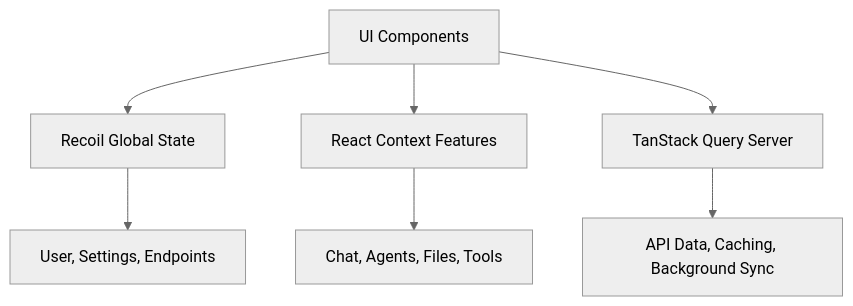
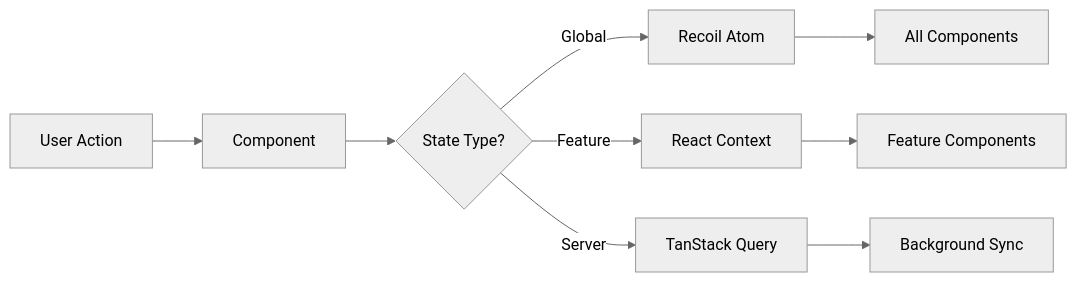
One commit to gannonh/agentis changed the diagram in LibreChat/client/README.md. Above: the diagram before and after it, drawn with Mermaid (neutral theme). The commit also changed other lines of this file and 3 other files, not shown here.

````diff
--- a/LibreChat/client/README.md
+++ b/LibreChat/client/README.md
@@ -88,10 +67,11 @@
 ```mermaid
-graph TD
-    A[UI Components] --> B[Recoil Global State]
-    A --> C[React Context Features]  
-    A --> D[TanStack Query Server]
-    
-    B --> E[User, Settings, Endpoints]
-    C --> F[Chat, Agents, Files, Tools]
-    D --> G[API Data, Caching, Background Sync]
+graph LR
+    A[User Action] --> B[Component]
+    B --> C{State Type?}
+    C -->|Global| D[Recoil Atom]
+    C -->|Feature| E[React Context] 
+    C -->|Server| F[TanStack Query]
+    D --> G[All Components]
+    E --> H[Feature Components]
+    F --> I[Background Sync]
 ```
````
